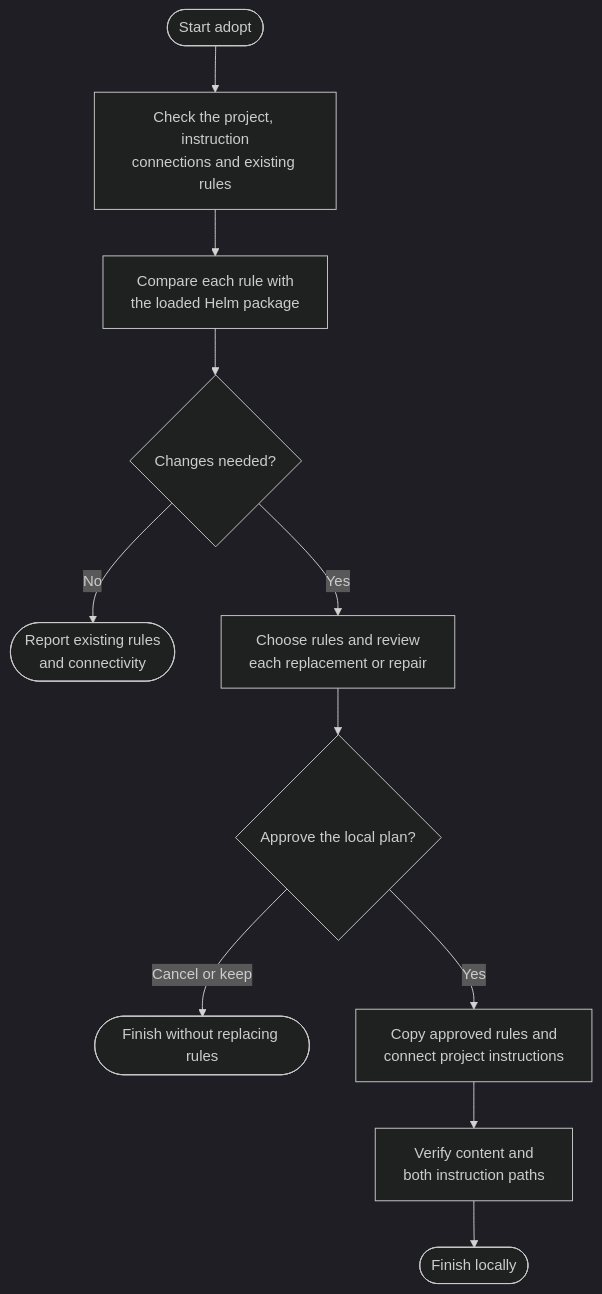
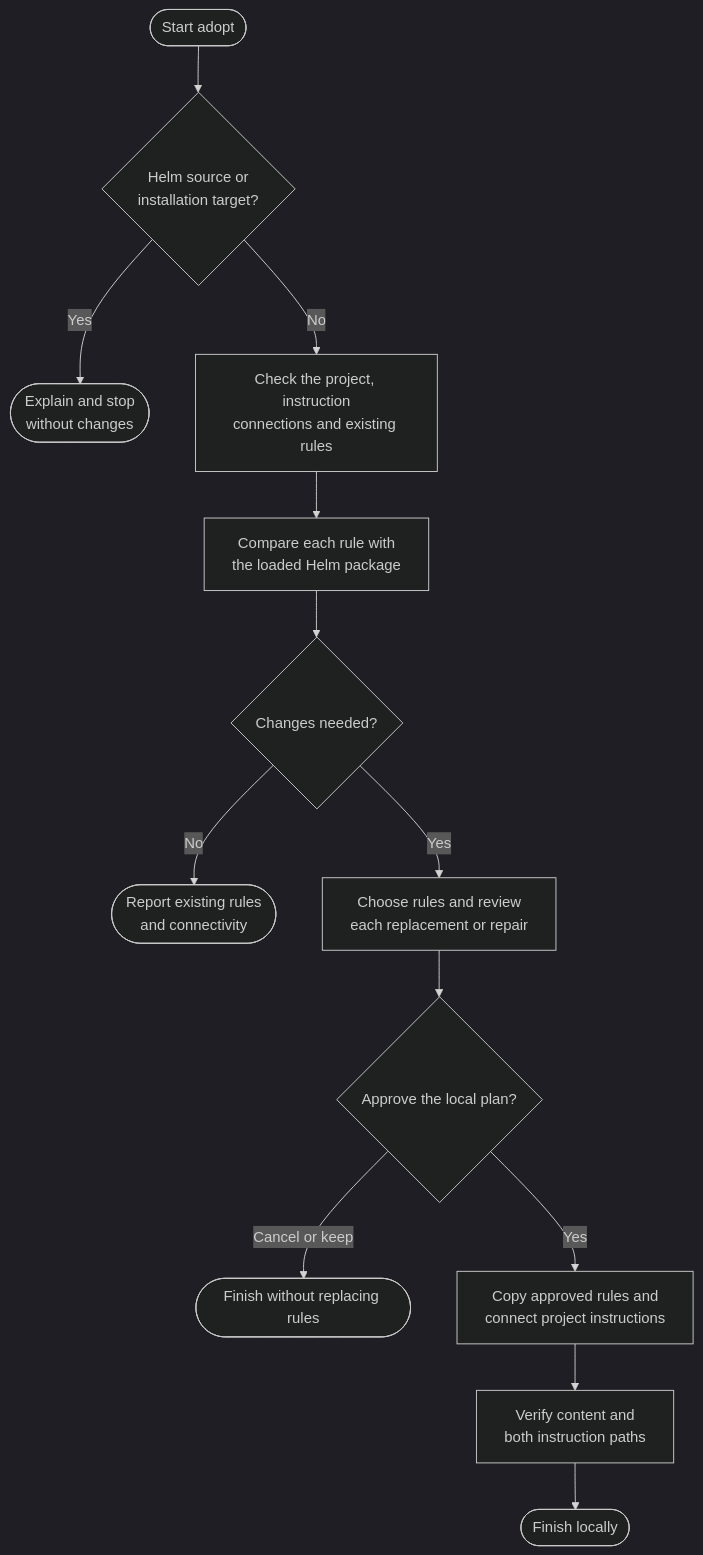
One commit to myowinthein/agent-helm changed the diagram in docs/commands/adopt.md. Above: the diagram before and after it, drawn with Mermaid (dark theme). The commit also changed other lines of this file and 5 other files, not shown here.

Commit message:
fix(adopt): protect Helm source and installation targets

````diff
--- a/docs/commands/adopt.md
+++ b/docs/commands/adopt.md
@@ -23,13 +27,15 @@
 ```mermaid
 flowchart TD
-  Start(["Start adopt"]) --> Inspect["Check the project, instruction<br/>connections and existing rules"]
+  Start(["Start adopt"]) --> Guard{"Helm source or<br/>installation target?"}
+  Guard -->|Yes| Stop(["Explain and stop<br/>without changes"])
+  Guard -->|No| Inspect["Check the project, instruction<br/>connections and existing rules"]
   Inspect --> Compare["Compare each rule with<br/>the loaded Helm package"]
   Compare --> Needed{"Changes needed?"}
   Needed -->|No| Current(["Report existing rules<br/>and connectivity"])
   Needed -->|Yes| Review["Choose rules and review<br/>each replacement or repair"]
   Review --> Decision{"Approve the local plan?"}
   Decision -->|Cancel or keep| Finish(["Finish without replacing rules"])
   Decision -->|Yes| Apply["Copy approved rules and<br/>connect project instructions"]
   Apply --> Verify["Verify content and<br/>both instruction paths"]
   Verify --> Done(["Finish locally"])
 ```
````
